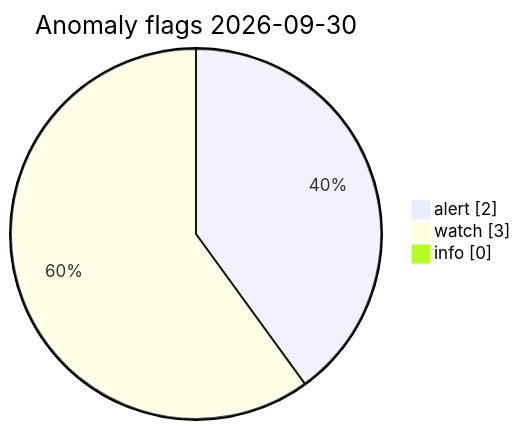
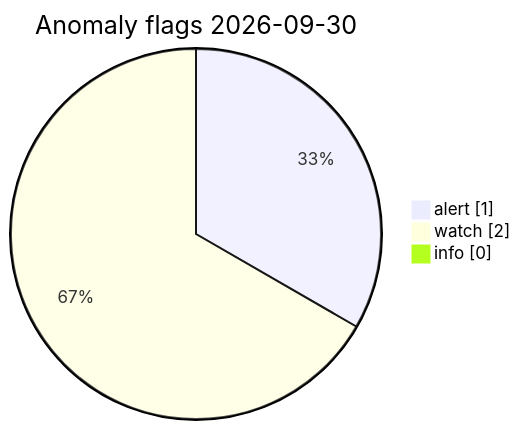
Before and after one commit to Midwest-Stratospheric/Unified-Open-Global-Weather: the diagram in visuals/2026-09-30/CHARTS.md, drawn with Mermaid. The commit also changed other lines of this file and 13 other files, not shown here.

Commit message:
data(visuals): automated charts 2026-09-30T16:01Z

````diff
--- a/visuals/2026-09-30/CHARTS.md
+++ b/visuals/2026-09-30/CHARTS.md
@@ -73,7 +73,7 @@
 ```mermaid
 pie showData
   title Anomaly flags 2026-09-30
-  "alert" : 2
-  "watch" : 3
+  "alert" : 1
+  "watch" : 2
   "info" : 0
 ```
````
